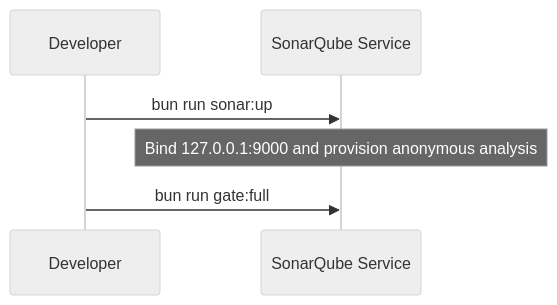
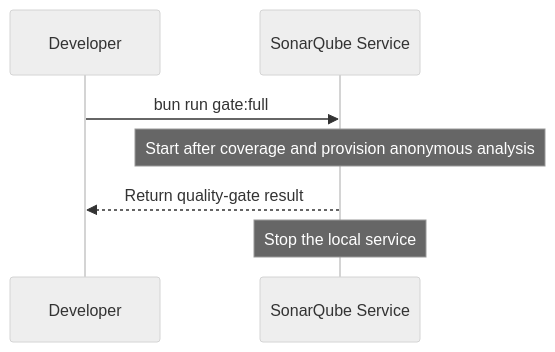
The second of 2 diagrams in .cubic/wiki/09-section-tools/01-p-local-setup.md (immagiov4/Nous), drawn with Mermaid (neutral theme) before and after one commit. The commit also changed other lines of this file and 18 other files, not shown here.

````diff
--- a/.cubic/wiki/09-section-tools/01-p-local-setup.md
+++ b/.cubic/wiki/09-section-tools/01-p-local-setup.md
@@ -94,8 +94,9 @@
 ```mermaid
 sequenceDiagram
     participant Dev as Developer
     participant Sonar as SonarQube Service
-    Dev->>Sonar: bun run sonar:up
-    Note over Sonar: Bind 127.0.0.1:9000 and provision anonymous analysis
     Dev->>Sonar: bun run gate:full
+    Note over Sonar: Start after coverage and provision anonymous analysis
+    Sonar-->>Dev: Return quality-gate result
+    Note over Sonar: Stop the local service
 ```
````
